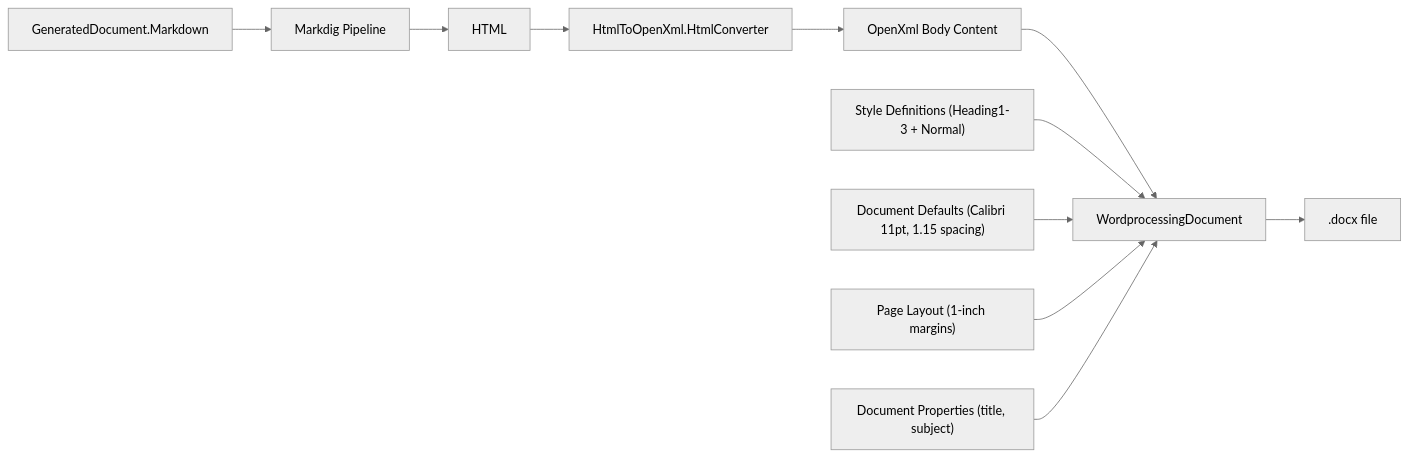
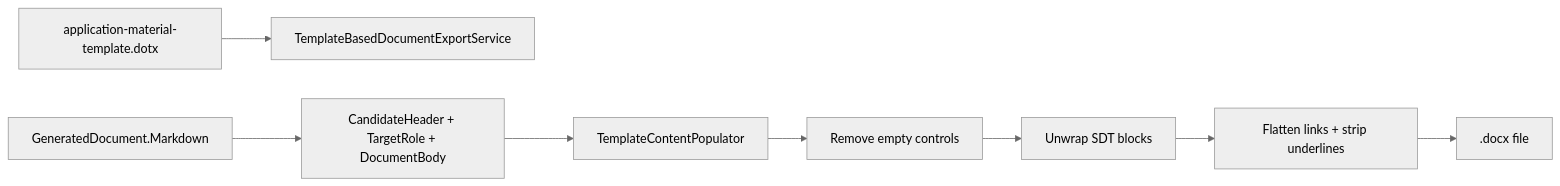
One commit to hennie42/li-jobber changed diagram 18 of 20 in docs/details.md. Above: the diagram before and after it, drawn with Mermaid (neutral theme). The commit also changed other lines of this file and 23 other files, not shown here.

````diff
--- a/docs/details.md
+++ b/docs/details.md
@@ -867,13 +879,10 @@
 ```mermaid
 graph LR
-    A[GeneratedDocument.Markdown] --> B[Markdig Pipeline]
-    B --> C[HTML]
-    C --> D[HtmlToOpenXml.HtmlConverter]
-    D --> E[OpenXml Body Content]
-    E --> F[WordprocessingDocument]
-    G["Style Definitions (Heading1-3 + Normal)"] --> F
-    H["Document Defaults (Calibri 11pt, 1.15 spacing)"] --> F
-    I["Page Layout (1-inch margins)"] --> F
-    J["Document Properties (title, subject)"] --> F
-    F --> K[".docx file"]
+    A[application-material-template.dotx] --> B[TemplateBasedDocumentExportService]
+    C[GeneratedDocument.Markdown] --> D[CandidateHeader + TargetRole + DocumentBody]
+    D --> E[TemplateContentPopulator]
+    E --> F[Remove empty controls]
+    F --> G[Unwrap SDT blocks]
+    G --> H[Flatten links + strip underlines]
+    H --> I[.docx file]
 ```
````
